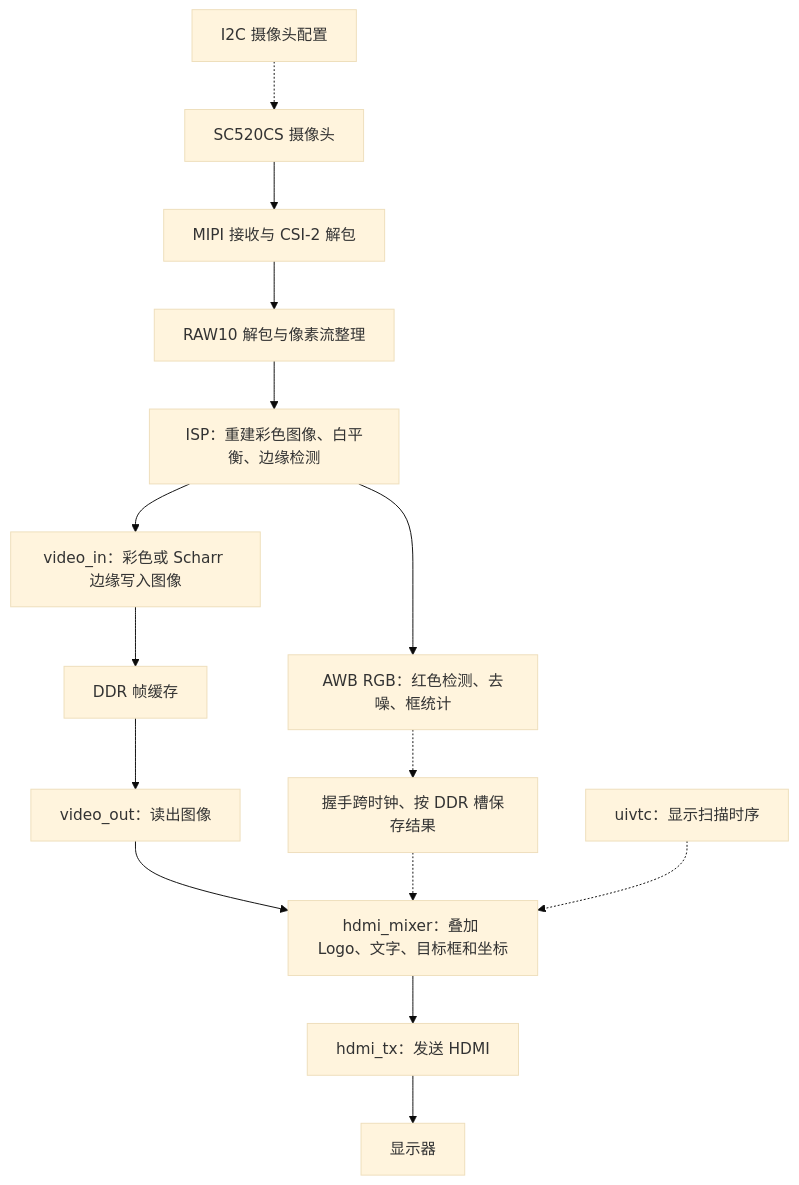
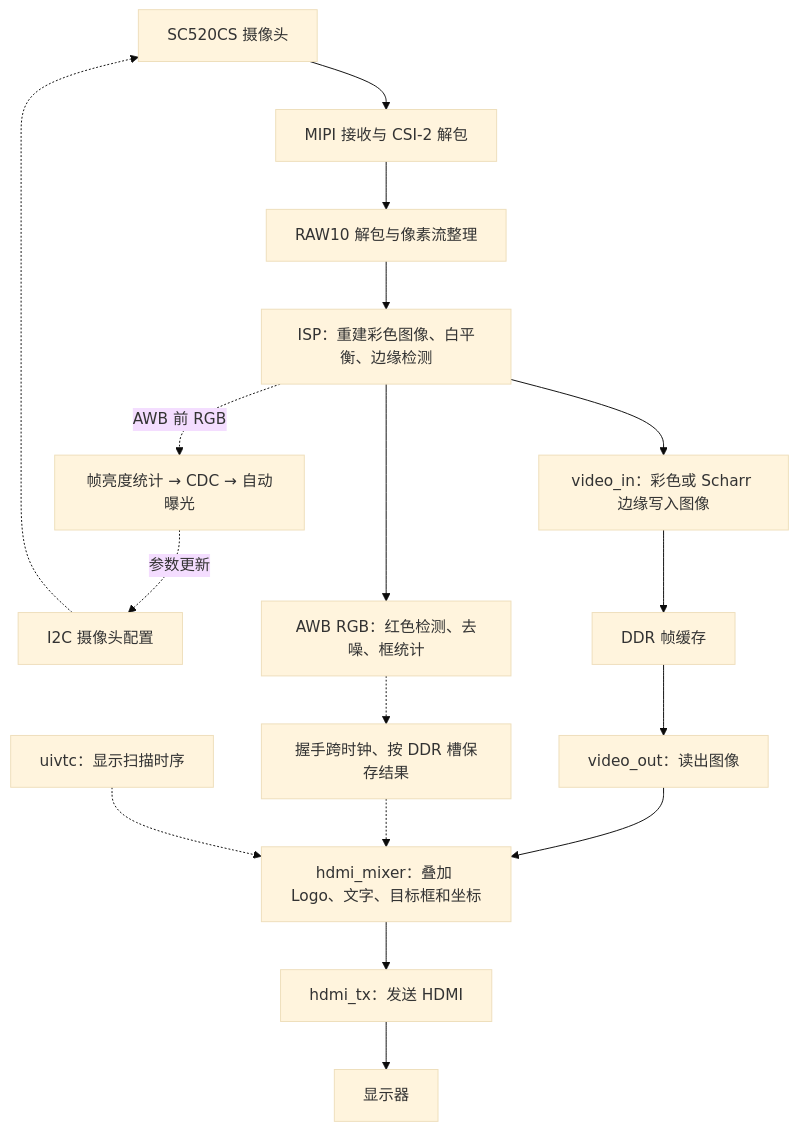
Before and after one commit to zhixiabei/FPGA-competition: the diagram in CODE_MAP.md, drawn with Mermaid (base theme). The commit also changed other lines of this file and 26 other files, not shown here.

````diff
--- a/CODE_MAP.md
+++ b/CODE_MAP.md
@@ -36,17 +65,19 @@
 ```mermaid
 flowchart TD
     CAM[SC520CS 摄像头] --> RX[MIPI 接收与 CSI-2 解包]
     RX --> RAW[RAW10 解包与像素流整理]
     RAW --> ISP[ISP：重建彩色图像、白平衡、边缘检测]
+    ISP -. AWB 前 RGB .-> AE[帧亮度统计 → CDC → 自动曝光]
+    AE -. 参数更新 .-> CFG
     ISP --> DET[AWB RGB：红色检测、去噪、框统计]
     ISP --> VIN[video_in：彩色或 Scharr 边缘写入图像]
     VIN --> MEM[DDR 帧缓存]
     MEM --> VOUT[video_out：读出图像]
     VOUT --> OSD[hdmi_mixer：叠加 Logo、文字、目标框和坐标]
     DET -.-> META[握手跨时钟、按 DDR 槽保存结果]
     META -.-> OSD
     OSD --> TX[hdmi_tx：发送 HDMI]
     TX --> MON[显示器]
     CFG[I2C 摄像头配置] -.-> CAM
     VTC[uivtc：显示扫描时序] -.-> OSD
 ```
````
